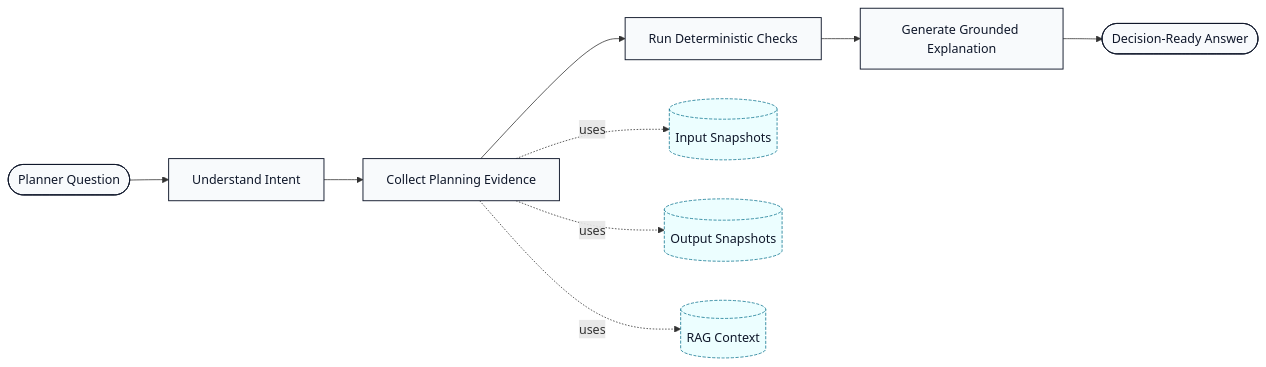
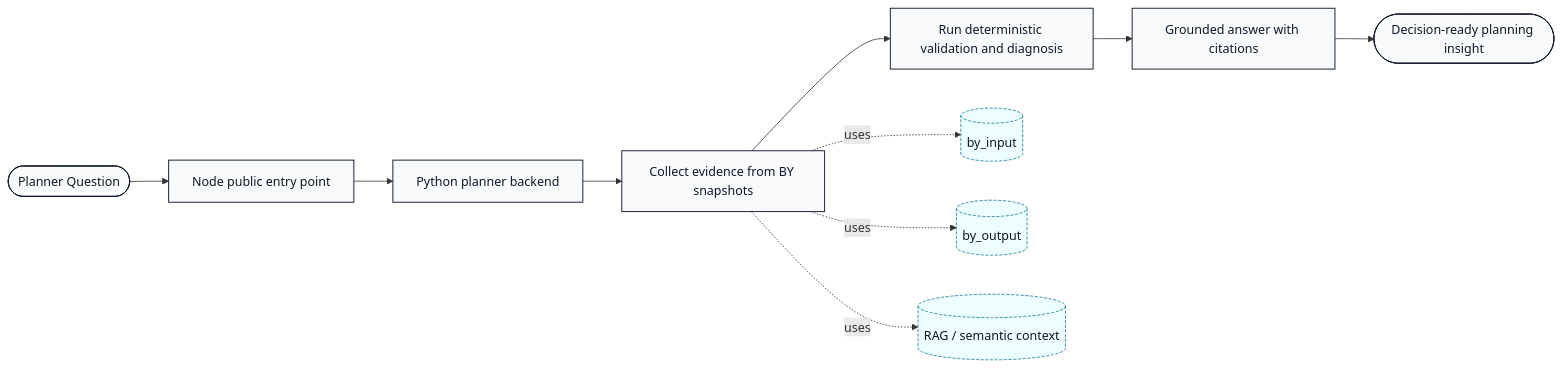
The third of 3 diagrams in README.md (jyotiranjanojha/ifsupplystory), drawn with Mermaid before and after one commit. The commit also changed other lines of this file, not shown here.

Commit message:
Update README for hybrid Node + Python architecture

````diff
--- a/README.md
+++ b/README.md
@@ -250,18 +263,19 @@
 ```mermaid
 flowchart LR
-  A([Planner Question]) --> B[Understand Intent]
-  B --> C[Collect Planning Evidence]
-  C --> D[Run Deterministic Checks]
-  D --> E[Generate Grounded Explanation]
-  E --> F([Decision-Ready Answer])
+  A([Planner Question]) --> B[Node public entry point]
+  B --> C[Python planner backend]
+  C --> D[Collect evidence from BY snapshots]
+  D --> E[Run deterministic validation and diagnosis]
+  E --> F[Grounded answer with citations]
+  F --> G([Decision-ready planning insight])
 
-  C -. uses .-> I[(Input Snapshots)]
-  C -. uses .-> O[(Output Snapshots)]
-  C -. uses .-> R[(RAG Context)]
+  D -. uses .-> I[(by_input)]
+  D -. uses .-> O[(by_output)]
+  D -. uses .-> R[(RAG / semantic context)]
 
   classDef exec fill:#f8fafc,stroke:#0f172a,stroke-width:1.2px,color:#0f172a;
   classDef data fill:#ecfeff,stroke:#0e7490,stroke-dasharray: 4 2,color:#0f172a;
 
-  class A,B,C,D,E,F exec;
+  class A,B,C,D,E,F,G exec;
   class I,O,R data;
 ```
````
